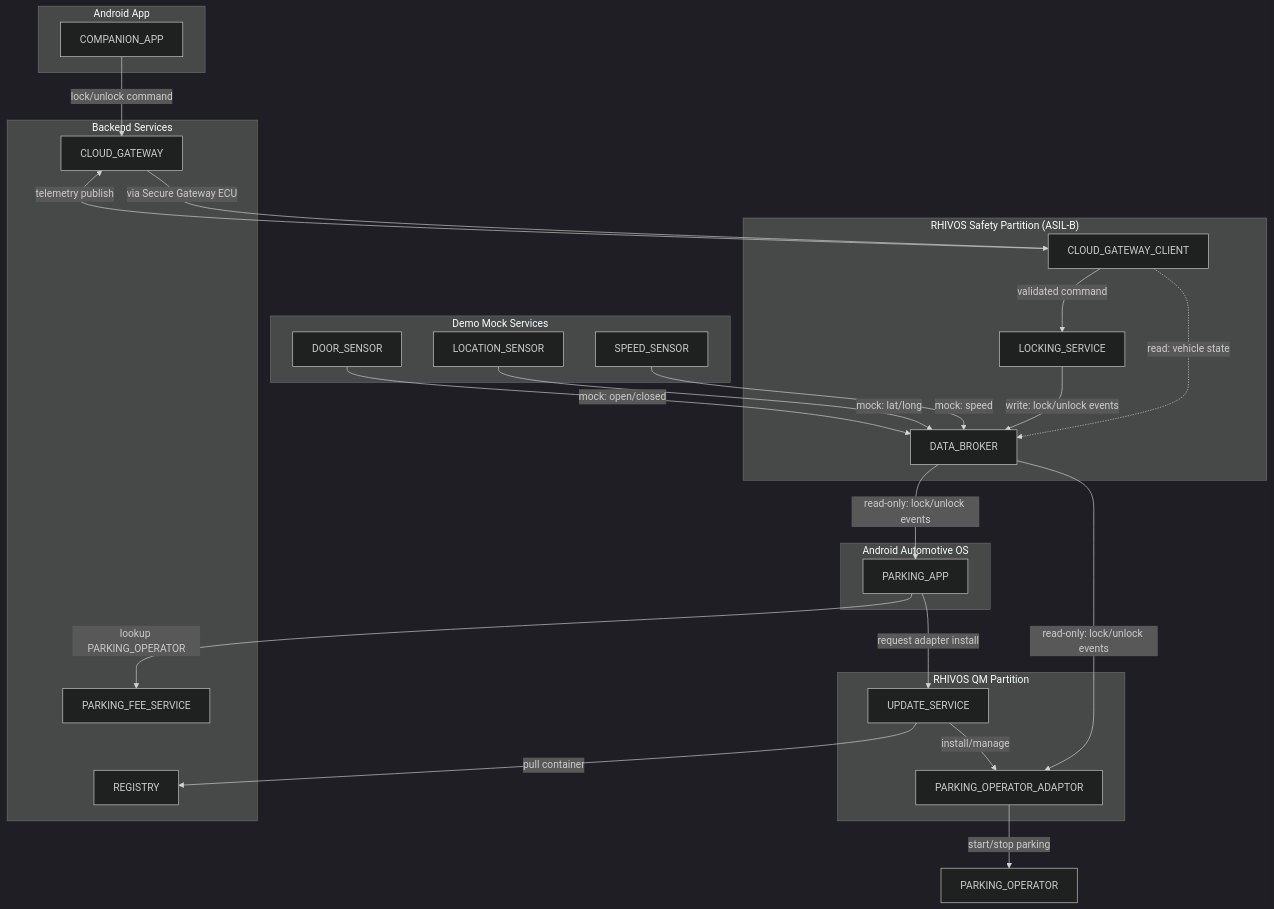
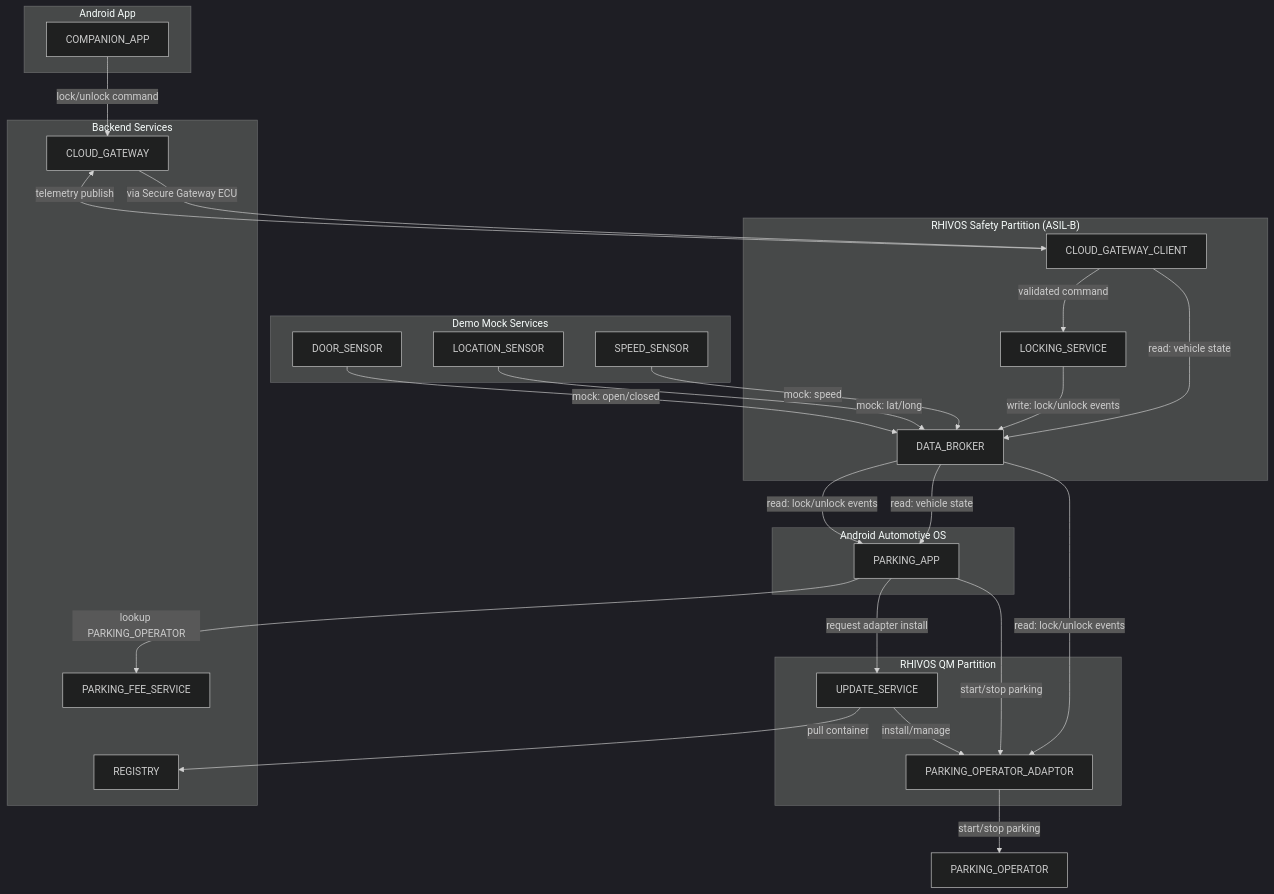
Before and after one commit to rhadp/parking-fee-service: the second of 2 diagrams in prd.md, drawn with Mermaid (dark theme). The commit also changed other lines of this file, not shown here.

````diff
--- a/prd.md
+++ b/prd.md
@@ -249,58 +243,60 @@
 ```mermaid
 flowchart TD
 subgraph AAOS["Android Automotive OS"]
 	ParkingApp["PARKING_APP"]
 end
 
 subgraph Android["Android App"]
 	CompanionApp["COMPANION_APP"]
 end
 
 subgraph RHIVOS_Safety["RHIVOS Safety Partition (ASIL-B)"]
   LockingService["LOCKING_SERVICE"]
   DataBroker["DATA_BROKER"]
   CloudGatewayClient["CLOUD_GATEWAY_CLIENT"]
 end
 
 subgraph RHIVOS_QM["RHIVOS QM Partition"]
   Adaptor["PARKING_OPERATOR_ADAPTOR"]
   UpdateService["UPDATE_SERVICE"]
 end
 
 subgraph Cloud["Backend Services"]
   ParkingFeeService["PARKING_FEE_SERVICE"]
   Registry["REGISTRY"]
   CloudGateway["CLOUD_GATEWAY"]
 end
 
 subgraph MockServices["Demo Mock Services"]
   LocationSensor["LOCATION_SENSOR"]
   SpeedSensor["SPEED_SENSOR"]
   DoorSensor["DOOR_SENSOR"]
 end
 
 CompanionApp -->|"lock/unlock command"| CloudGateway
 CloudGateway -->|"via Secure Gateway ECU"| CloudGatewayClient
 
 CloudGatewayClient -->|"validated command"| LockingService
 CloudGatewayClient -->|"telemetry publish"| CloudGateway
-CloudGatewayClient -.->|"read: vehicle state"| DataBroker
+CloudGatewayClient -->|"read: vehicle state"| DataBroker
 
 LockingService -->|"write: lock/unlock events"| DataBroker
 
-DataBroker -->|"read-only: lock/unlock events"| ParkingApp
-DataBroker -->|"read-only: lock/unlock events"| Adaptor
+DataBroker -->|"read: vehicle state"| ParkingApp
+DataBroker -->|"read: lock/unlock events"| ParkingApp
+DataBroker -->|"read: lock/unlock events"| Adaptor
 
 ParkingApp -->|"lookup PARKING_OPERATOR"| ParkingFeeService
 ParkingApp -->|"request adapter install"| UpdateService
+ParkingApp -->|"start/stop parking"| Adaptor
 
 UpdateService -->|"pull container"| Registry
 UpdateService -->|"install/manage"| Adaptor
 
 Adaptor -->|"start/stop parking"| PARKING_OPERATOR["PARKING_OPERATOR"]
 
 SpeedSensor --> |"mock: speed"| DataBroker
 LocationSensor --> |"mock: lat/long"| DataBroker
 DoorSensor --> |"mock: open/closed"| DataBroker
 
 ```
````
